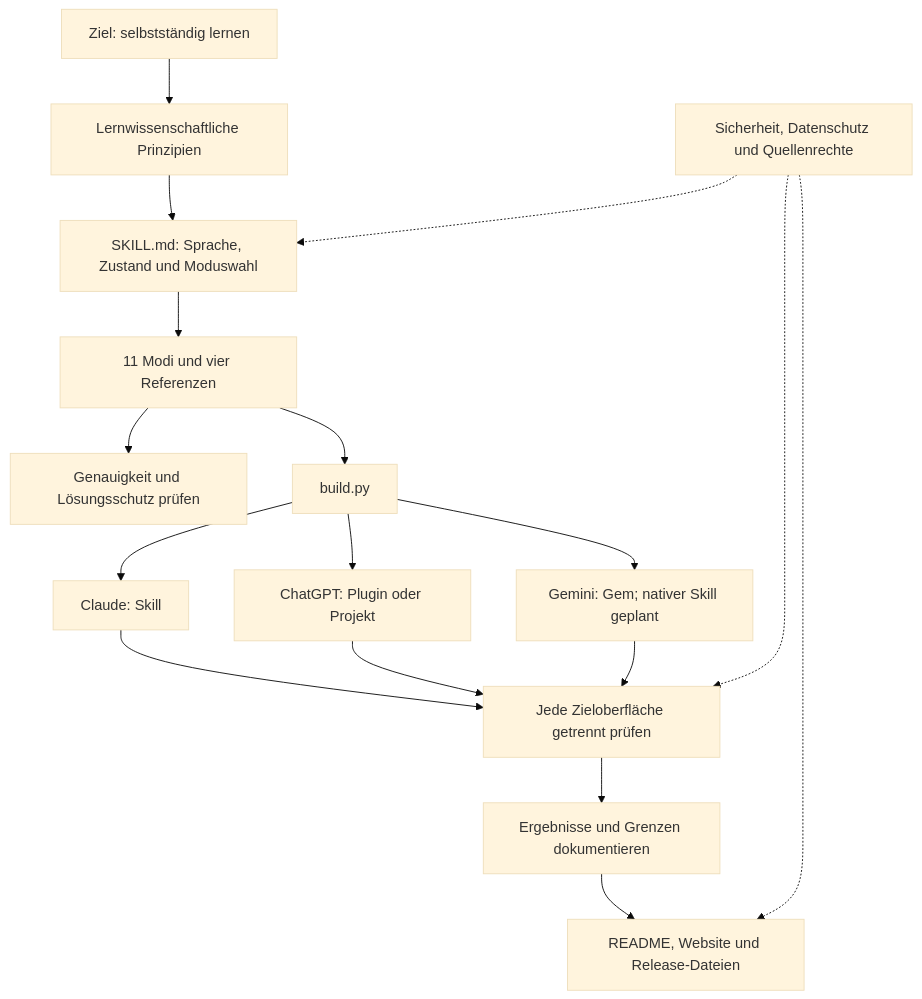
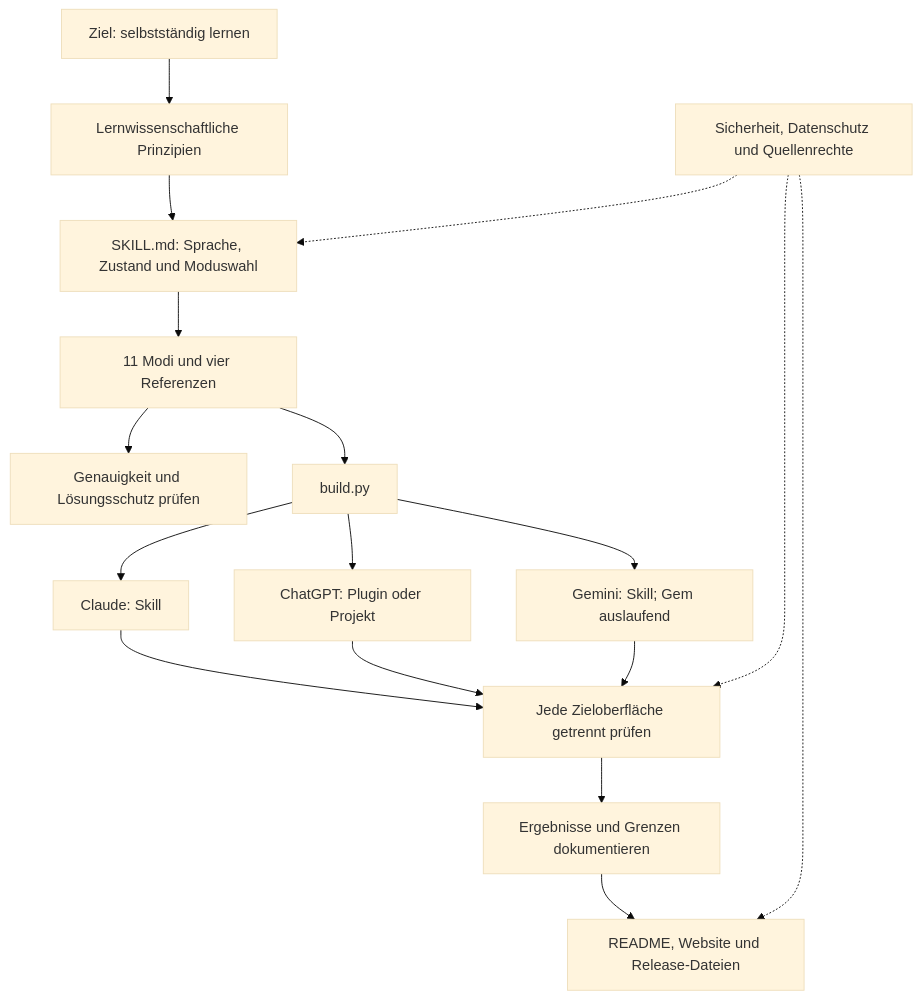
Before and after one commit to Sae-l/tutor: the diagram in Obsidian-tutor/00 Startseite.md, drawn with Mermaid (base theme). The commit also changed 14 other files, not shown here.

First line of the commit message:
docs: Plattformwege auf Stand 20.10.2026 (Gemini-Skill, Codex-Kategorie, CHATGPT.md) (#56)

````diff
--- a/Obsidian-tutor/00 Startseite.md
+++ b/Obsidian-tutor/00 Startseite.md
@@ -29,19 +29,19 @@
 ```mermaid
 flowchart TD
     G["Ziel: selbstständig lernen"] --> S["Lernwissenschaftliche Prinzipien"]
     S --> R["SKILL.md: Sprache, Zustand und Moduswahl"]
     R --> M["11 Modi und vier Referenzen"]
     M --> P["Genauigkeit und Lösungsschutz prüfen"]
     M --> B["build.py"]
     B --> C["Claude: Skill"]
     B --> O["ChatGPT: Plugin oder Projekt"]
-    B --> J["Gemini: Gem; nativer Skill geplant"]
+    B --> J["Gemini: Skill; Gem auslaufend"]
     C --> T["Jede Zieloberfläche getrennt prüfen"]
     O --> T
     J --> T
     T --> E["Ergebnisse und Grenzen dokumentieren"]
     E --> W["README, Website und Release-Dateien"]
     Q["Sicherheit, Datenschutz und Quellenrechte"] -.-> R
     Q -.-> T
     Q -.-> W
 ```
````
